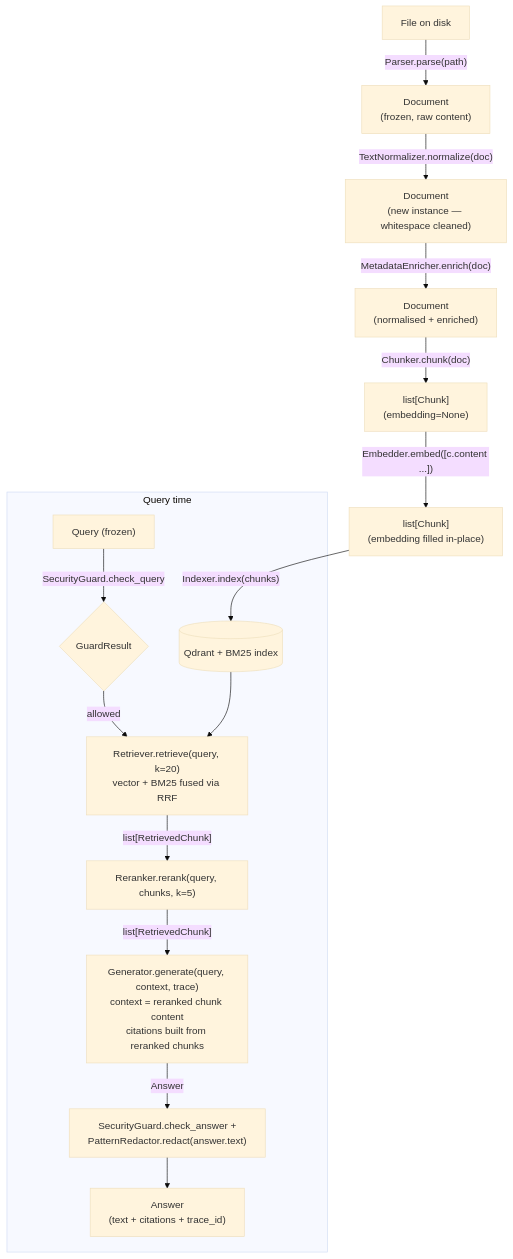
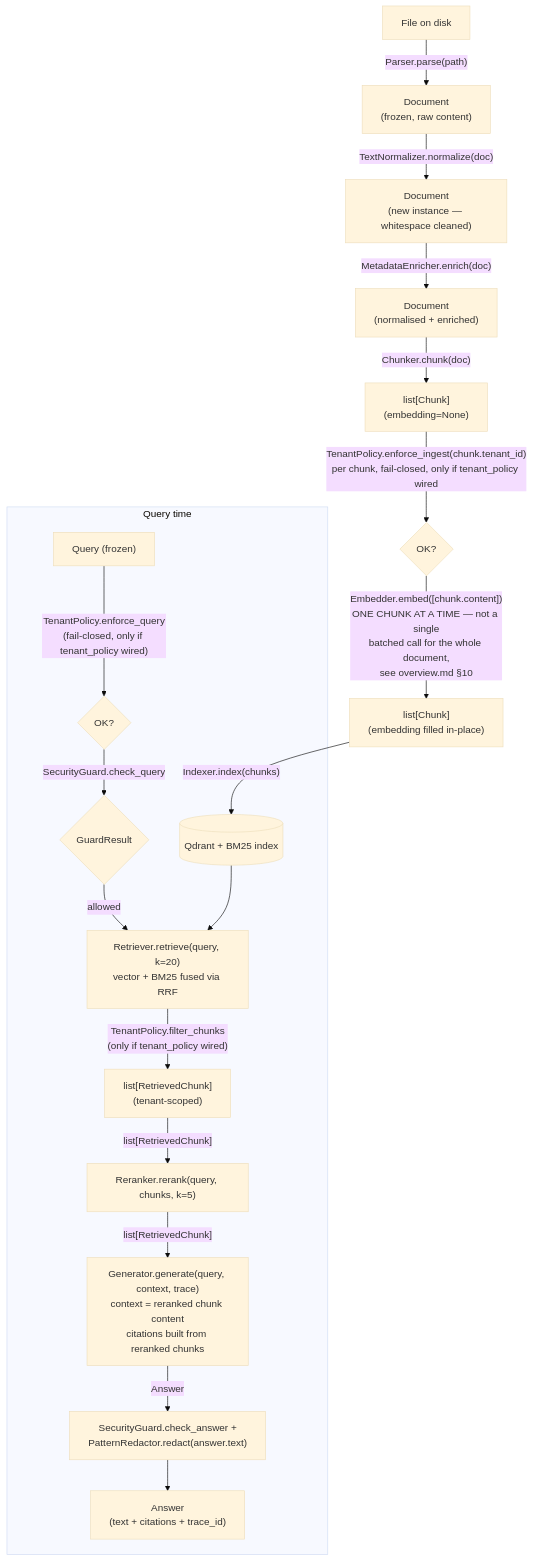
One commit to HerbertGourout/modular-rag-framework changed the second of 2 diagrams in docs/architecture/data-model.md. Above: the diagram before and after it, drawn with Mermaid. The commit also changed other lines of this file and 42 other files, not shown here.

````diff
--- a/docs/architecture/data-model.md
+++ b/docs/architecture/data-model.md
@@ -379,20 +427,23 @@
 ```mermaid
 %%{init: {"theme": "base"}}%%
 flowchart TD
     File[File on disk] -->|"Parser.parse(path)"| Doc["Document\n(frozen, raw content)"]
     Doc -->|"TextNormalizer.normalize(doc)"| DocN["Document\n(new instance — whitespace cleaned)"]
     DocN -->|"MetadataEnricher.enrich(doc)"| DocE["Document\n(normalised + enriched)"]
     DocE -->|"Chunker.chunk(doc)"| Chunks["list[Chunk]\n(embedding=None)"]
-    Chunks -->|"Embedder.embed([c.content ...])"| ChunksV["list[Chunk]\n(embedding filled in-place)"]
+    Chunks -->|"TenantPolicy.enforce_ingest(chunk.tenant_id)\nper chunk, fail-closed, only if tenant_policy wired"| TenantGate{"OK?"}
+    TenantGate -->|"Embedder.embed([chunk.content])\nONE CHUNK AT A TIME — not a single\nbatched call for the whole document,\nsee overview.md §10"| ChunksV["list[Chunk]\n(embedding filled in-place)"]
     ChunksV -->|"Indexer.index(chunks)"| Store[("Qdrant + BM25 index")]
 
     subgraph QT["Query time"]
-        Query["Query (frozen)"] -->|"SecurityGuard.check_query"| Guard1{GuardResult}
+        Query["Query (frozen)"] -->|"TenantPolicy.enforce_query\n(fail-closed, only if tenant_policy wired)"| TQ{"OK?"}
+        TQ -->|"SecurityGuard.check_query"| Guard1{GuardResult}
         Guard1 -->|allowed| Retrieve["Retriever.retrieve(query, k=20)\nvector + BM25 fused via RRF"]
         Store --> Retrieve
-        Retrieve -->|"list[RetrievedChunk]"| Rerank["Reranker.rerank(query, chunks, k=5)"]
+        Retrieve -->|"TenantPolicy.filter_chunks\n(only if tenant_policy wired)"| TF["list[RetrievedChunk]\n(tenant-scoped)"]
+        TF -->|"list[RetrievedChunk]"| Rerank["Reranker.rerank(query, chunks, k=5)"]
         Rerank -->|"list[RetrievedChunk]"| Generate["Generator.generate(query, context, trace)\ncontext = reranked chunk content\ncitations built from reranked chunks"]
         Generate -->|Answer| Guard2["SecurityGuard.check_answer +\nPatternRedactor.redact(answer.text)"]
         Guard2 --> Final["Answer\n(text + citations + trace_id)"]
     end
 ```
````
